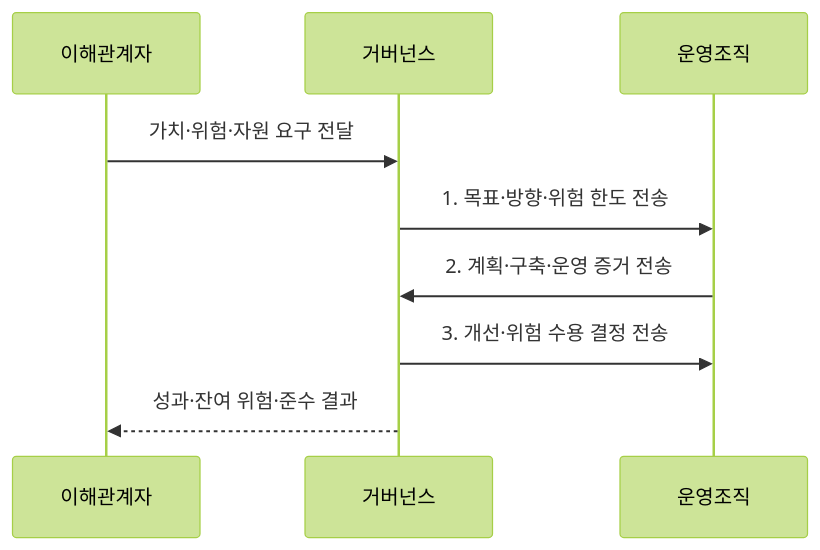
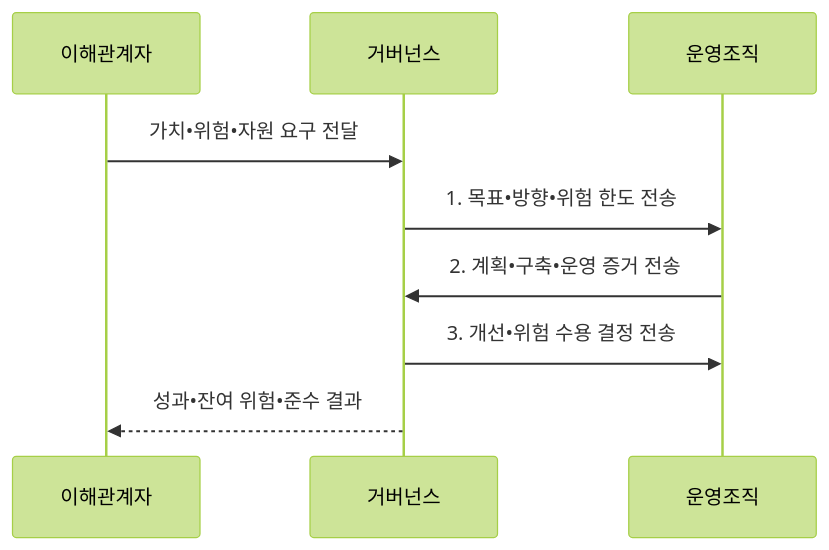
The second of 2 diagrams in src/content/docs/notes/07-law-policy/005_it_governance_cobit.md (agnusdei1207/knowledge-base), drawn with Mermaid (forest theme) before and after one commit. The commit also changed other lines of this file and 953 other files, not shown here.

````diff
--- a/src/content/docs/notes/07-law-policy/005_it_governance_cobit.md
+++ b/src/content/docs/notes/07-law-policy/005_it_governance_cobit.md
@@ -105,11 +105,11 @@
 ```mermaid
 sequenceDiagram
     participant S as 이해관계자
     participant G as 거버넌스
     participant O as 운영조직
-    S->>G: 가치·위험·자원 요구 전달
-    G->>O: 1. 목표·방향·위험 한도 전송
-    O->>G: 2. 계획·구축·운영 증거 전송
-    G->>O: 3. 개선·위험 수용 결정 전송
-    G-->>S: 성과·잔여 위험·준수 결과
+    S->>G: 가치•위험•자원 요구 전달
+    G->>O: 1. 목표•방향•위험 한도 전송
+    O->>G: 2. 계획•구축•운영 증거 전송
+    G->>O: 3. 개선•위험 수용 결정 전송
+    G-->>S: 성과•잔여 위험•준수 결과
 ```
````
